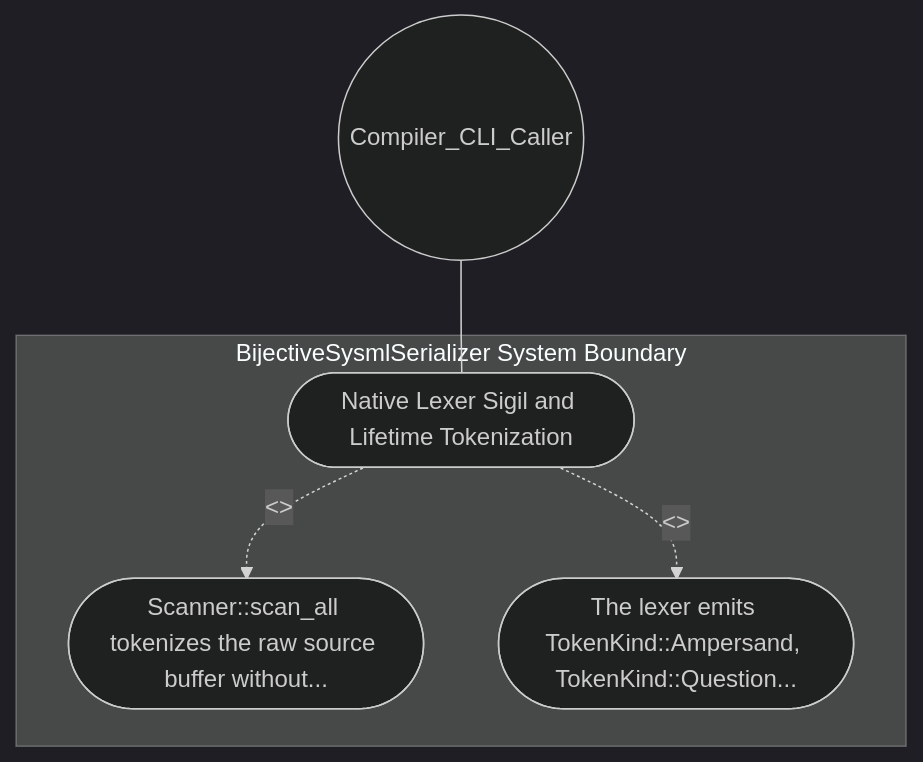
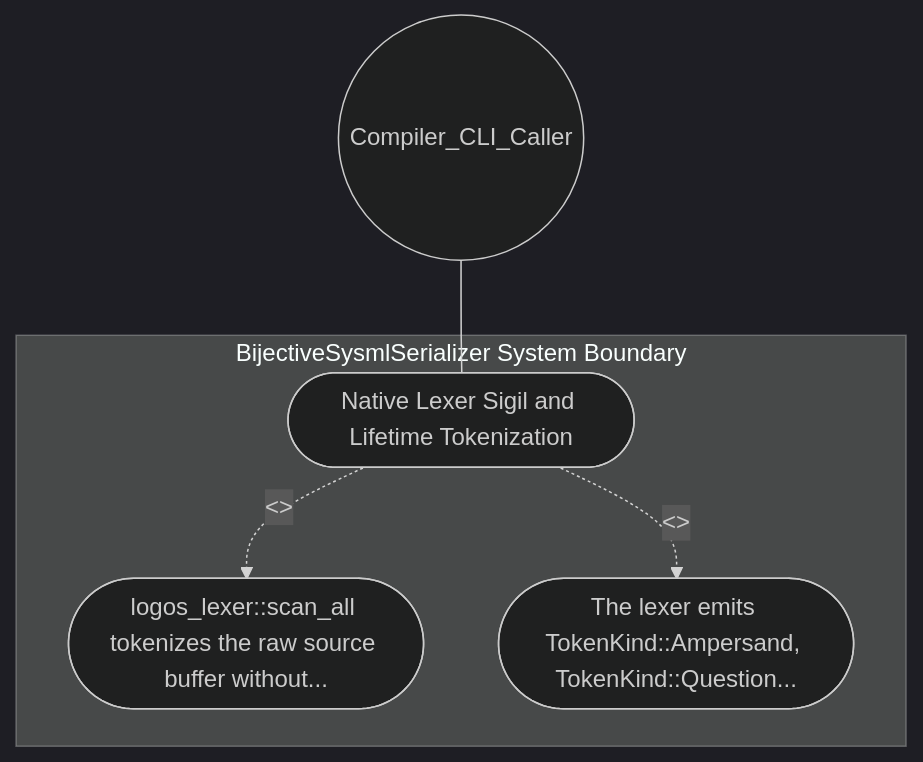
The diagram in .pipeline/upstream/docs/use-cases/UC-11-Native_Lexer_Sigil_and_Lifetime_Tokenization.md (gintatkinson/DEAP01-spec-core), drawn with Mermaid (dark theme) before and after one commit. The commit also changed other lines of this file and 196 other files, not shown here.

````diff
--- a/.pipeline/upstream/docs/use-cases/UC-11-Native_Lexer_Sigil_and_Lifetime_Tokenization.md
+++ b/.pipeline/upstream/docs/use-cases/UC-11-Native_Lexer_Sigil_and_Lifetime_Tokenization.md
@@ -16,11 +16,11 @@
 ```mermaid
 graph TD
     subgraph "BijectiveSysmlSerializer System Boundary"
         UC_Main(["Native Lexer Sigil and Lifetime Tokenization"])
-        UC_Step01(["Scanner::scan_all tokenizes the raw source buffer without..."])
+        UC_Step01(["logos_lexer::scan_all tokenizes the raw source buffer without..."])
         UC_Step02(["The lexer emits TokenKind::Ampersand, TokenKind::Question..."])
     end
     Compiler_CLI_Caller(("Compiler_CLI_Caller")) --- UC_Main
     UC_Main -. "<<include>>" .-> UC_Step01
     UC_Main -. "<<include>>" .-> UC_Step02
 ```
````
